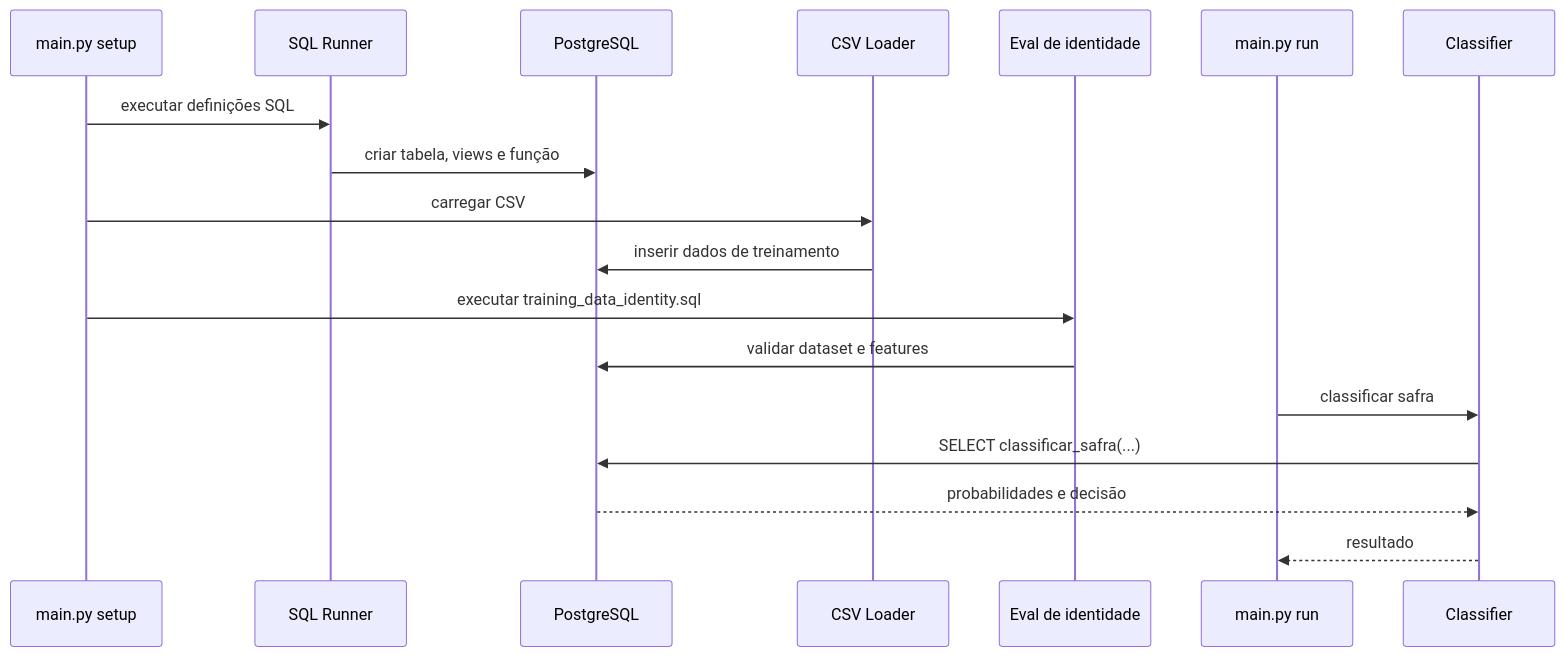
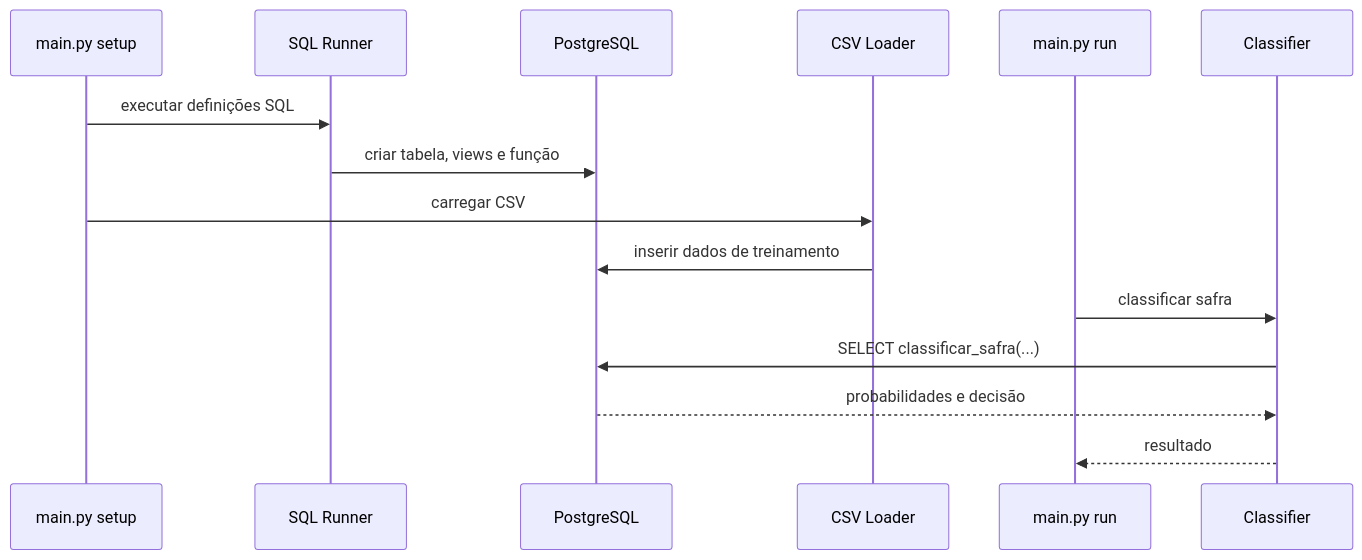
The third of 4 diagrams in README.md (DiogoAug16/safra-rentavel), drawn with Mermaid before and after one commit. The commit also changed other lines of this file and 2 other files, not shown here.

````diff
--- a/README.md
+++ b/README.md
@@ -290,24 +285,20 @@
 ```mermaid
 sequenceDiagram
     participant D as main.py setup
     participant S as SQL Runner
     participant P as PostgreSQL
     participant C as CSV Loader
-    participant E as Eval de identidade
     participant M as main.py run
     participant N as Classifier
 
     D->>S: executar definições SQL
     S->>P: criar tabela, views e função
 
     D->>C: carregar CSV
     C->>P: inserir dados de treinamento
 
-    D->>E: executar training_data_identity.sql
-    E->>P: validar dataset e features
-
     M->>N: classificar safra
     N->>P: SELECT classificar_safra(...)
     P-->>N: probabilidades e decisão
     N-->>M: resultado
 ```
````
